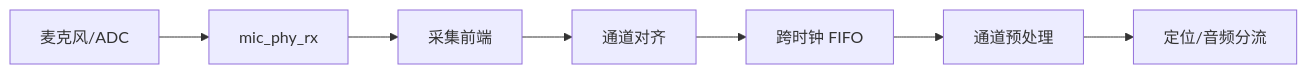
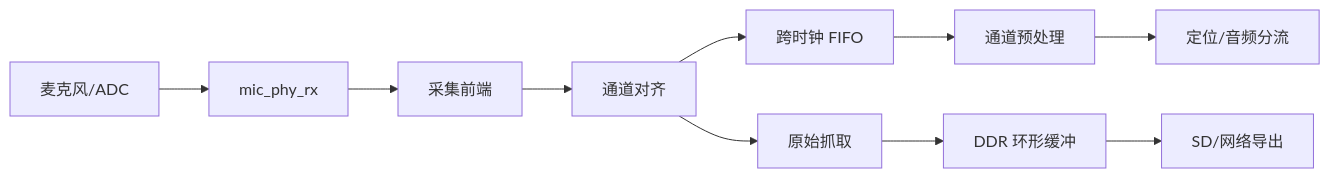
One commit to TophBeifong1744/Competition_fpga changed the second of 6 diagrams in docs/engineering-flow.md. Above: the diagram before and after it, drawn with Mermaid. The commit also changed other lines of this file and 16 other files, not shown here.

````diff
--- a/docs/engineering-flow.md
+++ b/docs/engineering-flow.md
@@ -38,9 +39,12 @@
 ```mermaid
 flowchart LR
     MIC[麦克风/ADC] --> PHY[mic_phy_rx]
     PHY --> FE[采集前端]
     FE --> ALIGN[通道对齐]
     ALIGN --> CDC[跨时钟 FIFO]
     CDC --> PRE[通道预处理]
     PRE --> FAN[定位/音频分流]
+    ALIGN --> CAP[原始抓取]
+    CAP --> DDR[DDR 环形缓冲]
+    DDR --> SAVE[SD/网络导出]
 ```
````
